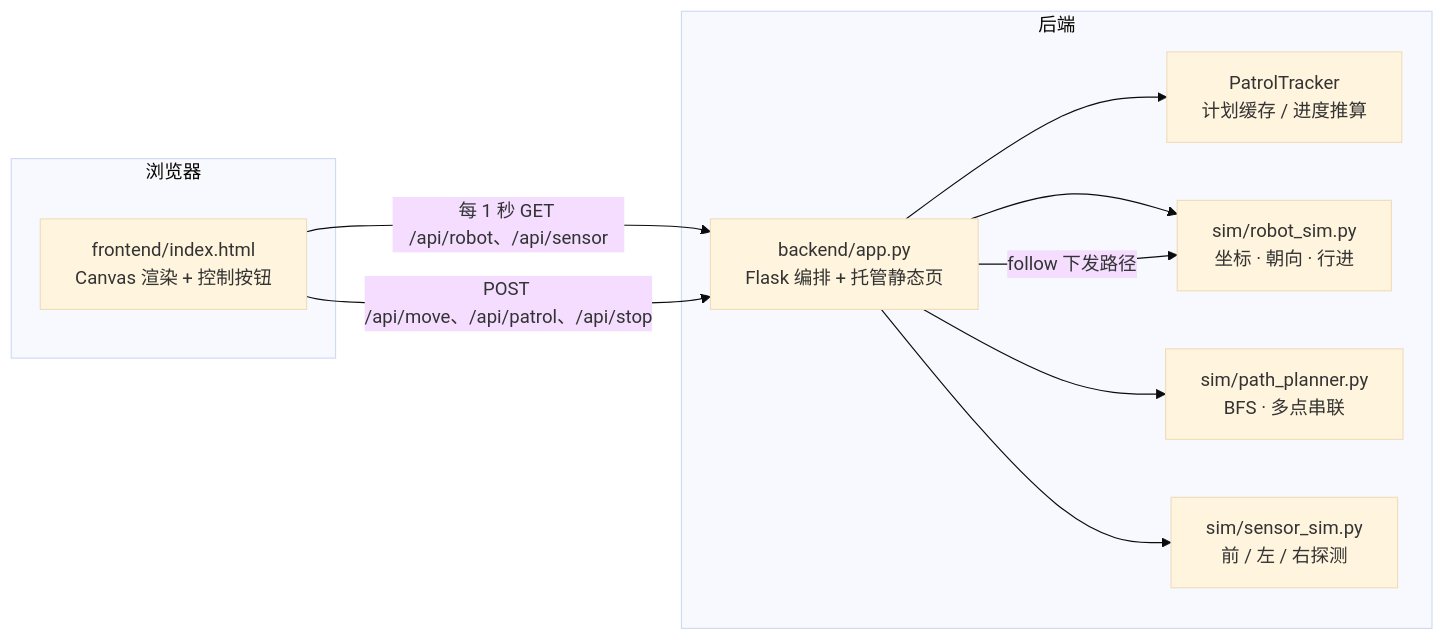
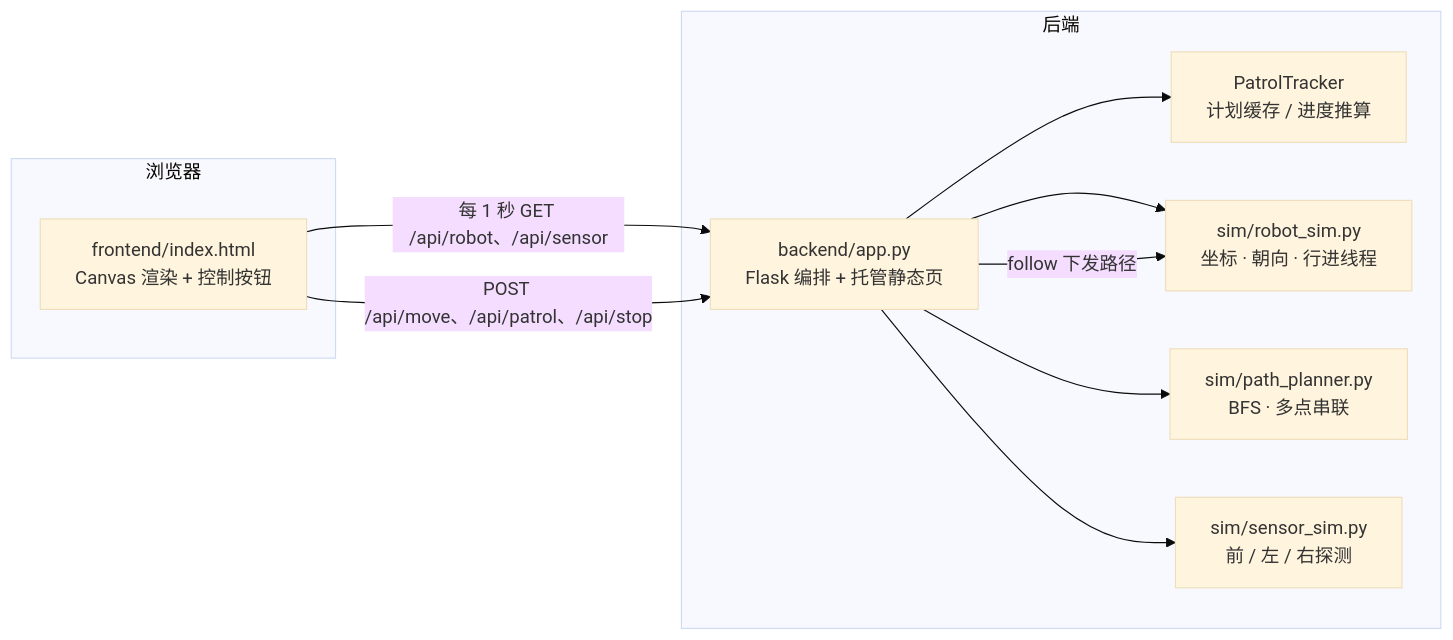
One commit to ruisen77-gif/patrol-sim-std changed the diagram in docs/03_项目架构与接口.md. Above: the diagram before and after it, drawn with Mermaid (base theme). The commit also changed other lines of this file, not shown here.

First line of the commit message:
docs: 按已合入的 sim 模块重写 03 架构与接口

````diff
--- a/docs/03_项目架构与接口.md
+++ b/docs/03_项目架构与接口.md
@@ -21,20 +22,20 @@
 ```mermaid
 graph LR
     subgraph 浏览器
         UI[frontend/index.html<br/>Canvas 渲染 + 控制按钮]
     end
     subgraph 后端
         APP[backend/app.py<br/>Flask 编排 + 托管静态页]
         TRACK[PatrolTracker<br/>计划缓存 / 进度推算]
-        ROBOT[sim/robot_sim.py<br/>坐标 · 朝向 · 行进]
+        ROBOT[sim/robot_sim.py<br/>坐标 · 朝向 · 行进线程]
         PLAN[sim/path_planner.py<br/>BFS · 多点串联]
         SENSOR[sim/sensor_sim.py<br/>前 / 左 / 右探测]
     end
     UI -->|每 1 秒 GET /api/robot、/api/sensor| APP
     UI -->|POST /api/move、/api/patrol、/api/stop| APP
     APP --> TRACK
     APP --> ROBOT
     APP --> PLAN
     APP --> SENSOR
     APP -->|follow 下发路径| ROBOT
 ```
````
